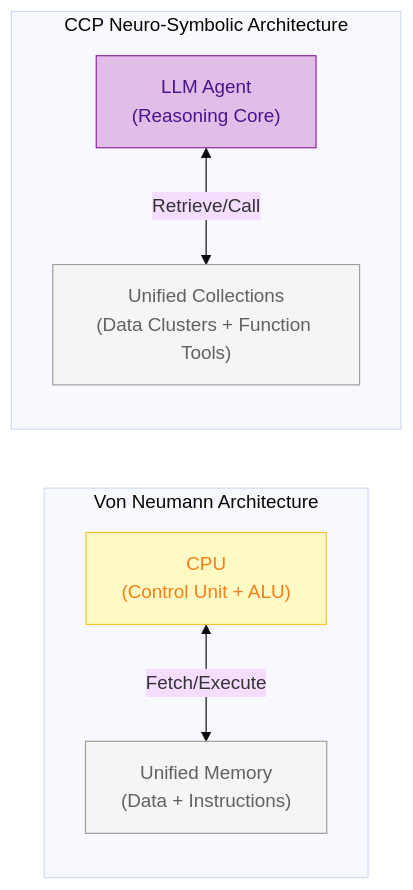
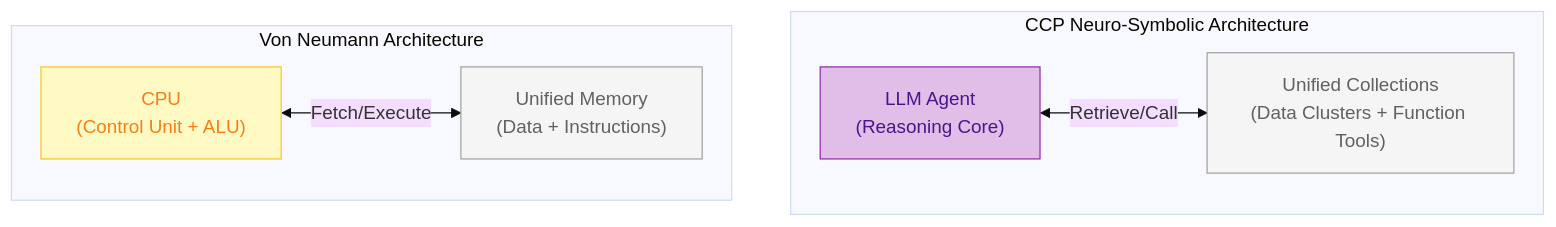
The second of 4 diagrams in README.md (EddCBen/cascade-context-protocol), drawn with Mermaid (base theme) before and after one commit. The commit also changed other lines of this file and 20 other files, not shown here.

````diff
--- a/README.md
+++ b/README.md
@@ -57,19 +57,22 @@
 ```mermaid
 flowchart LR
     subgraph "Von Neumann Architecture"
         CPU["CPU<br/>(Control Unit + ALU)"]
         Memory["Unified Memory<br/>(Data + Instructions)"]
         CPU <-->|Fetch/Execute| Memory
     end
     
     subgraph "CCP Neuro-Symbolic Architecture"
         LLM["LLM Agent<br/>(Reasoning Core)"]
         Collections["Unified Collections<br/>(Data Clusters + Function Tools)"]
         LLM <-->|Retrieve/Call| Collections
     end
     
+    %% Align subgraphs side-by-side
+    Memory ~~~ LLM
+    
     style CPU fill:#fff9c4,stroke:#fbc02d,color:#f57f17
     style LLM fill:#e1bee7,stroke:#8e24aa,color:#4a148c
     style Memory fill:#f5f5f5,stroke:#9e9e9e,color:#616161
     style Collections fill:#f5f5f5,stroke:#9e9e9e,color:#616161
 ```
````
